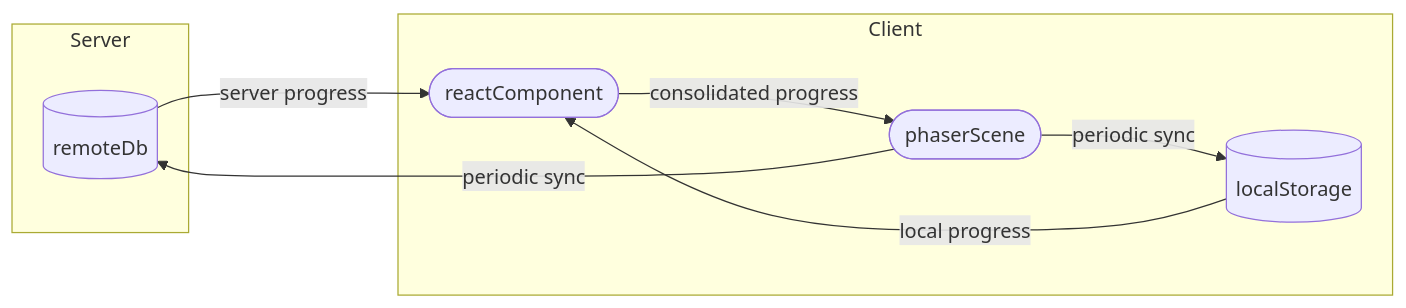
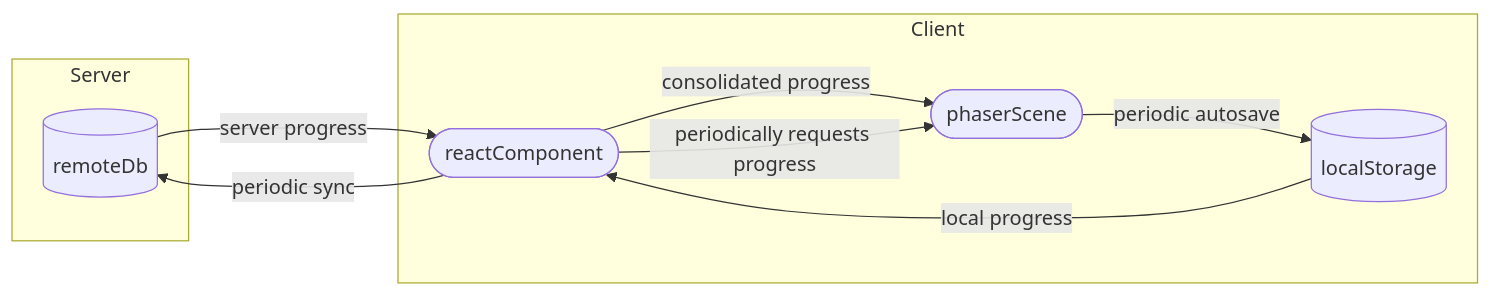
Before and after one commit to jialincai/freecell-with-friends: the diagram in docs/game-state.md, drawn with Mermaid. The commit also changed other lines of this file, not shown here.

````diff
--- a/docs/game-state.md
+++ b/docs/game-state.md
@@ -6,19 +6,20 @@
 ```mermaid
 flowchart LR
   subgraph Server
     remoteDb[(remoteDb)]
   end
 
   subgraph Client
     localStorage[(localStorage)]
     reactComponent([reactComponent])
     phaserScene([phaserScene])
 
     localStorage -- local progress --> reactComponent
     reactComponent -- consolidated progress --> phaserScene
-    phaserScene -- periodic sync --> localStorage
+    phaserScene -- periodic autosave --> localStorage
+    reactComponent -- periodically requests progress --> phaserScene
   end
 
   remoteDb -- server progress --> reactComponent
-  phaserScene -- periodic sync --> remoteDb
+  reactComponent -- periodic sync --> remoteDb
 ```
````
